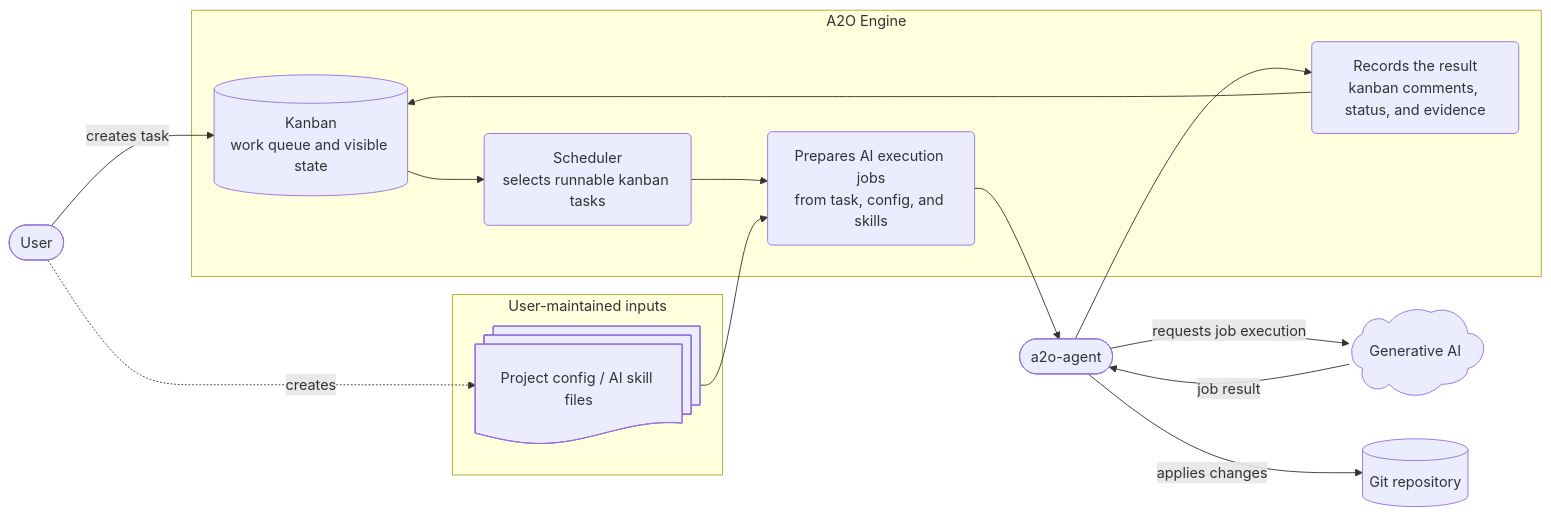
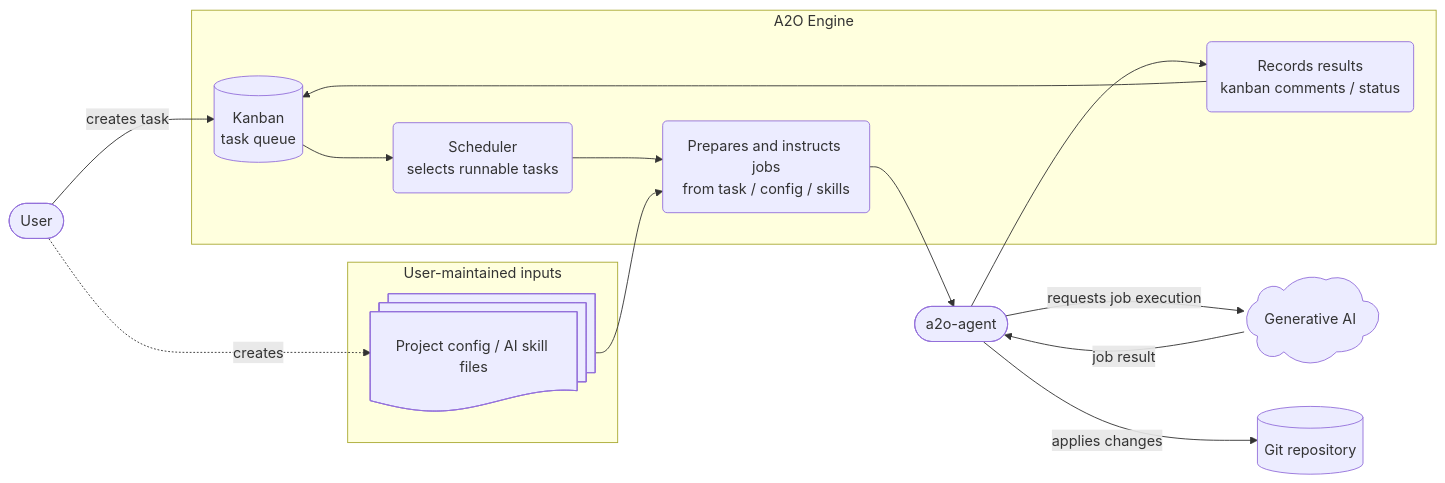
Before and after one commit to wamukat/a2o: the diagram in docs/en/dev/00-design-map.md, drawn with Mermaid. The commit also changed other lines of this file and 4 other files, not shown here.

````diff
--- a/docs/en/dev/00-design-map.md
+++ b/docs/en/dev/00-design-map.md
@@ -14,31 +42,31 @@
 ```mermaid
 flowchart LR
   User@{ shape: stadium, label: "User" }
   Agent@{ shape: stadium, label: "a2o-agent" }
   AI@{ shape: cloud, label: "Generative AI" }
 
   subgraph Inputs["User-maintained inputs"]
     ProjectInputs@{ shape: docs, label: "Project config / AI skill files" }
   end
 
   subgraph Engine["A2O Engine"]
-    Kanban@{ shape: cyl, label: "Kanban\nwork queue and visible state" }
-    Scheduler@{ shape: rounded, label: "Scheduler\nselects runnable kanban tasks" }
-    Prepare@{ shape: rounded, label: "Prepares AI execution jobs\nfrom task, config, and skills" }
-    Report@{ shape: rounded, label: "Records the result\nkanban comments, status, and evidence" }
+    Kanban@{ shape: cyl, label: "Kanban\ntask queue" }
+    Scheduler@{ shape: rounded, label: "Scheduler\nselects runnable tasks" }
+    Prepare@{ shape: rounded, label: "Prepares and instructs jobs\nfrom task / config / skills" }
+    Report@{ shape: rounded, label: "Records results\nkanban comments / status" }
   end
 
   Repository@{ shape: cyl, label: "Git repository" }
 
   User -->|"creates task"| Kanban
   User -.->|"creates"| ProjectInputs
   Kanban --> Scheduler
   Scheduler --> Prepare
   ProjectInputs --> Prepare
   Prepare --> Agent
   Agent -->|"requests job execution"| AI
   AI -->|"job result"| Agent
   Agent -->|"applies changes"| Repository
   Agent --> Report
   Report --> Kanban
 ```
````
